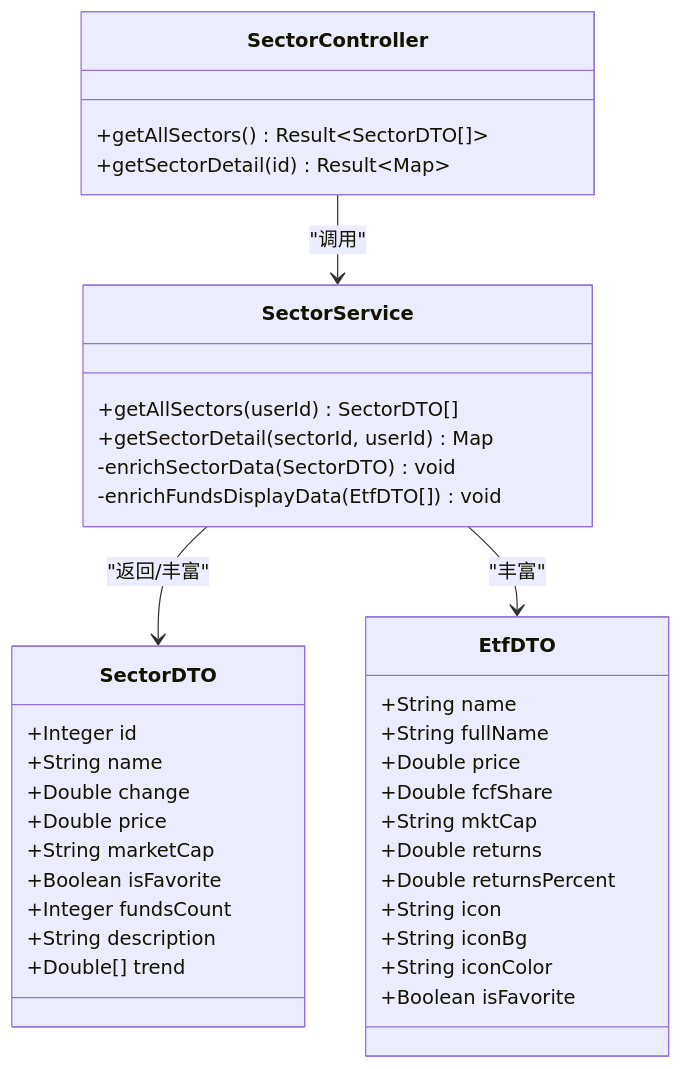
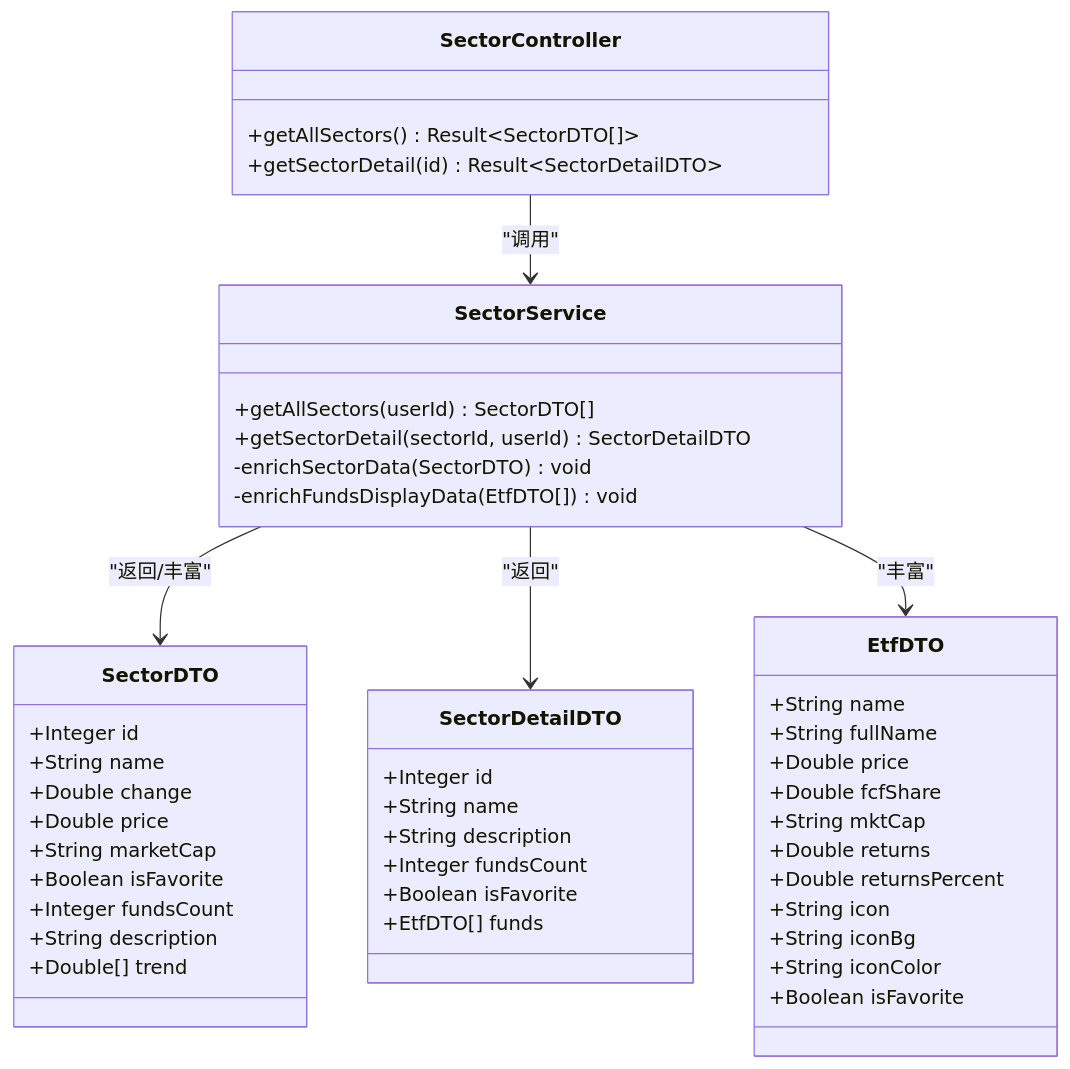
Before and after one commit to PersonNoName/FreeTrader: the fourth of 6 diagrams in .qoder/repowiki/zh/content/后端系统/数据传输对象与验证.md, drawn with Mermaid. The commit also changed other lines of this file and 10 other files, not shown here.

````diff
--- a/.qoder/repowiki/zh/content/后端系统/数据传输对象与验证.md
+++ b/.qoder/repowiki/zh/content/后端系统/数据传输对象与验证.md
@@ -236,40 +252,49 @@
 ```mermaid
 classDiagram
 class SectorDTO {
 +Integer id
 +String name
 +Double change
 +Double price
 +String marketCap
 +Boolean isFavorite
 +Integer fundsCount
 +String description
 +Double[] trend
+}
+class SectorDetailDTO {
++Integer id
++String name
++String description
++Integer fundsCount
++Boolean isFavorite
++EtfDTO[] funds
 }
 class EtfDTO {
 +String name
 +String fullName
 +Double price
 +Double fcfShare
 +String mktCap
 +Double returns
 +Double returnsPercent
 +String icon
 +String iconBg
 +String iconColor
 +Boolean isFavorite
 }
 class SectorController {
 +getAllSectors() Result~SectorDTO[]~
-+getSectorDetail(id) Result~Map~
++getSectorDetail(id) Result~SectorDetailDTO~
 }
 class SectorService {
 +getAllSectors(userId) SectorDTO[]
-+getSectorDetail(sectorId, userId) Map
++getSectorDetail(sectorId, userId) SectorDetailDTO
 -enrichSectorData(SectorDTO) void
 -enrichFundsDisplayData(EtfDTO[]) void
 }
 SectorController --> SectorService : "调用"
 SectorService --> SectorDTO : "返回/丰富"
+SectorService --> SectorDetailDTO : "返回"
 SectorService --> EtfDTO : "丰富"
 ```
````
